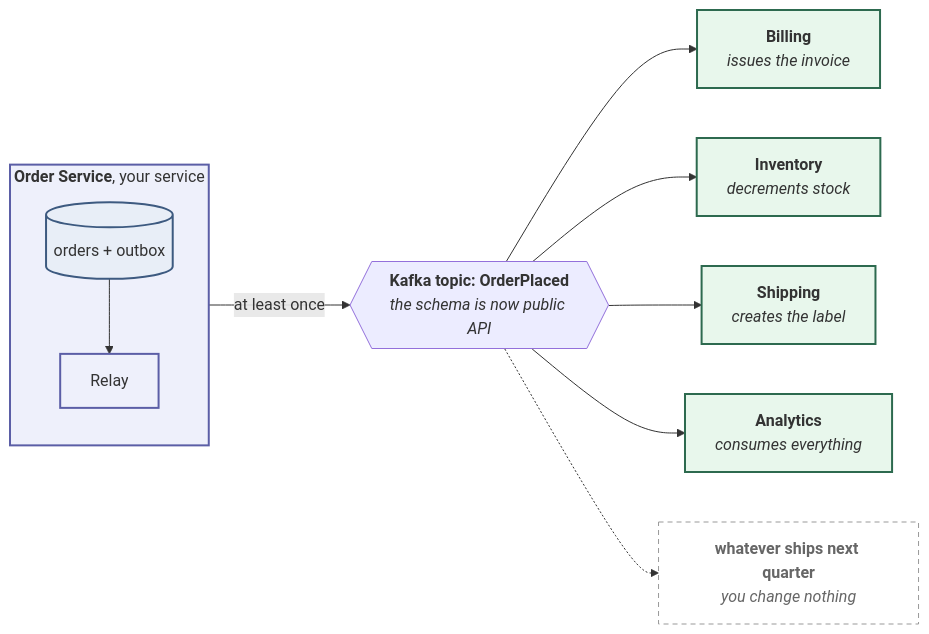
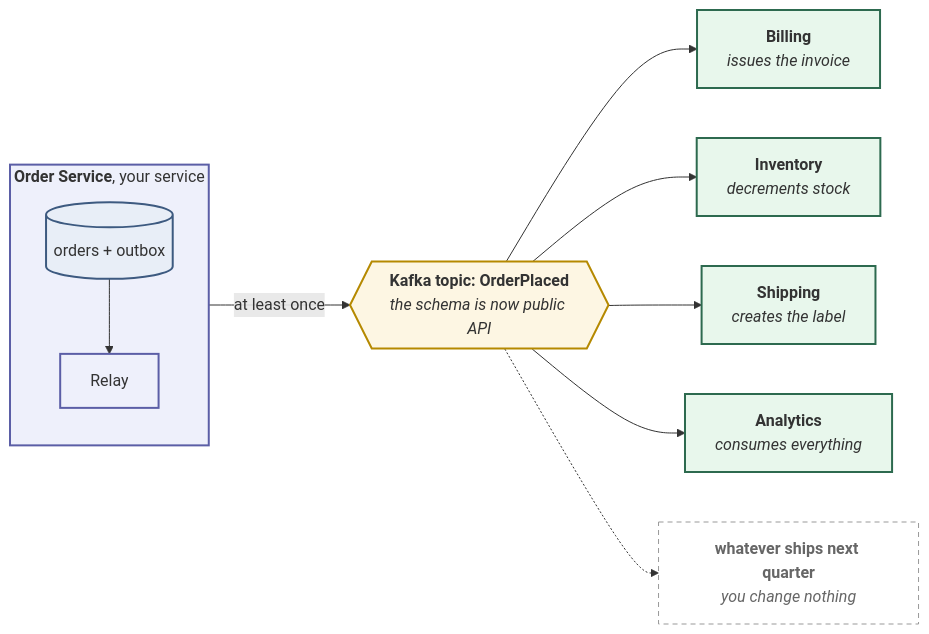
One commit to maldins46/comepaolo-blog-v2 changed the diagram in assets/article_images/2026-08-21-from-cqrs-to-event-driven-architecture/06-eda.mmd. Above: the diagram before and after it, drawn with Mermaid. The commit also changed 6 other files, not shown here.

```diff
--- a/assets/article_images/2026-08-21-from-cqrs-to-event-driven-architecture/06-eda.mmd
+++ b/assets/article_images/2026-08-21-from-cqrs-to-event-driven-architecture/06-eda.mmd
@@ -1,32 +1,34 @@
 flowchart LR
   subgraph OS["<b>Order Service</b>, your service"]
     direction TB
     ODB[("orders + outbox")]
     REL["Relay"]
     ODB --> REL
   end
 
   K{{"<b>Kafka topic: OrderPlaced</b><br/><i>the schema is now public API</i>"}}
 
   B["<b>Billing</b><br/><i>issues the invoice</i>"]
   I["<b>Inventory</b><br/><i>decrements stock</i>"]
   S["<b>Shipping</b><br/><i>creates the label</i>"]
   A["<b>Analytics</b><br/><i>consumes everything</i>"]
   N["<b>whatever ships next quarter</b><br/><i>you change nothing</i>"]
 
   REL -->|at least once| K
   K --> B
   K --> I
   K --> S
   K --> A
   K -.-> N
 
   classDef store fill:#e8eef7,stroke:#3d5a80,stroke-width:2px
   classDef svc fill:#e8f7ec,stroke:#2d6a4f,stroke-width:2px
   classDef comp fill:#eef0fb,stroke:#5b5ea6,stroke-width:2px
   classDef ghost fill:#ffffff,stroke:#999,stroke-width:1px,color:#666,stroke-dasharray: 5 4
+  classDef queue fill:#fdf6e3,stroke:#b58900,stroke-width:2px
   class ODB store
   class REL comp
   class B,I,S,A svc
   class N ghost
+  class K queue
   style OS fill:#eef0fb,stroke:#5b5ea6,stroke-width:2px
```
